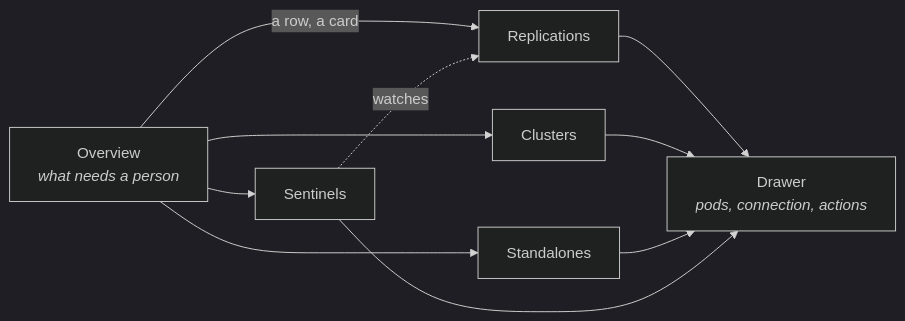
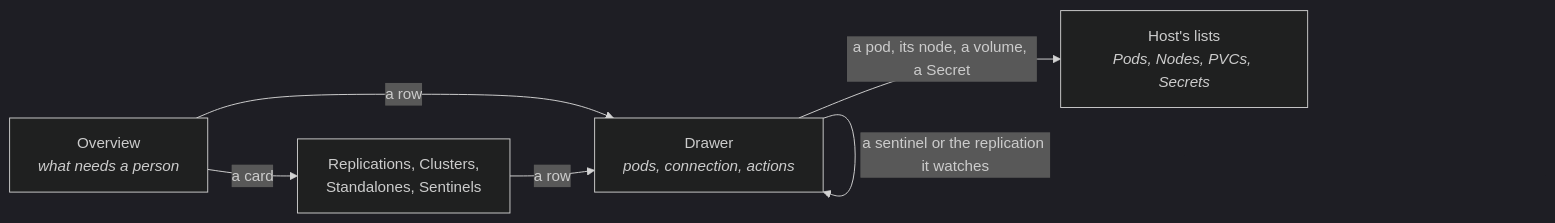
One commit to DiegoBulhoes/freelens-addons changed the diagram in docs/redis.md. Above: the diagram before and after it, drawn with Mermaid (dark theme). The commit also changed other lines of this file and 97 other files, not shown here.

````diff
--- a/docs/redis.md
+++ b/docs/redis.md
@@ -23,19 +22,13 @@
 ```mermaid
 flowchart LR
   O["Overview<br/><i>what needs a person</i>"]
-  R["Replications"]
-  C["Clusters"]
-  S["Standalones"]
-  T["Sentinels"]
+  L["Replications, Clusters,<br/>Standalones, Sentinels"]
   D["Drawer<br/><i>pods, connection, actions</i>"]
+  H["Host's lists<br/><i>Pods, Nodes, PVCs, Secrets</i>"]
 
-  O -->|a row, a card| R
-  O --> C
-  O --> S
-  O --> T
-  R --> D
-  C --> D
-  S --> D
-  T --> D
-  T -.->|watches| R
+  O -->|a card| L
+  O -->|a row| D
+  L -->|a row| D
+  D -->|a sentinel or the replication it watches| D
+  D -->|a pod, its node, a volume, a Secret| H
 ```
````
